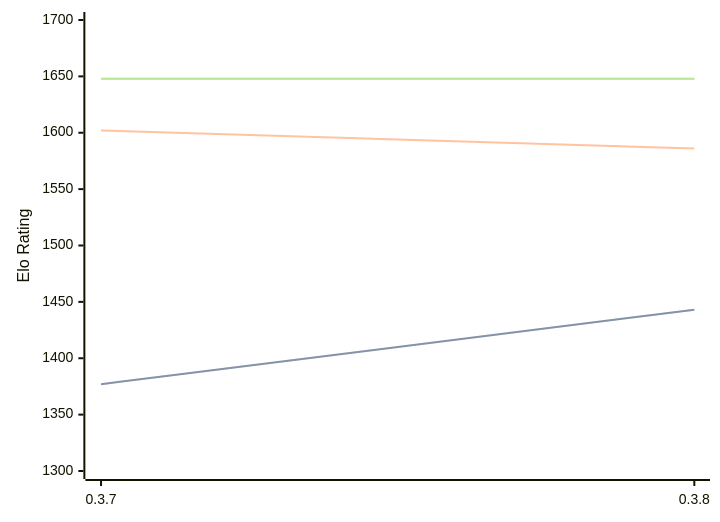
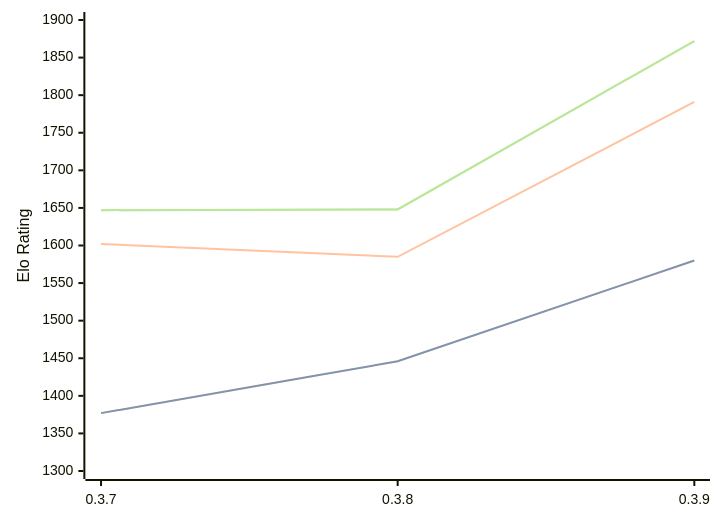
The diagram in engines/Arche.md (computer-chess-index/cci), drawn with Mermaid before and after one commit. The commit also changed other lines of this file, not shown here.

Commit message:
Update CCI Ratings (ELO VLTC) - 2026-08-07

````diff
--- a/engines/Arche.md
+++ b/engines/Arche.md
@@ -33,11 +33,11 @@
 ```mermaid
 %%{init: {"theme":"base","themeVariables":{"seriesColors:['#a3a3a3','#222221','#faa371']}}}%%
 xychart-beta
-  x-axis ["0.3.7", "0.3.8"]
-  y-axis "Elo Rating" 1300 --> 1700
-  line "STC (8.0+0.08s)" [1377, 1443]
-  line "STC (8.0+0.08s)" [1377, 1443]
-  line "LTC (60.0+0.60s)" [1602, 1586]
-  line "VLTC (2m24s+1.12s)" [1648, 1648]
-  line "VLTC (2m24s+1.12s)" [1648, 1648]
+  x-axis ["0.3.7", "0.3.8", "0.3.9"]
+  y-axis "Elo Rating" 1300 --> 1900
+  line "STC (8.0+0.08s)" [1377, 1446, 1580]
+  line "STC (8.0+0.08s)" [1377, 1446, 1580]
+  line "LTC (60.0+0.60s)" [1602, 1585, 1791]
+  line "VLTC (2m24s+1.12s)" [1647, 1648, 1872]
+  line "VLTC (2m24s+1.12s)" [1647, 1648, 1872]
 ```
````
